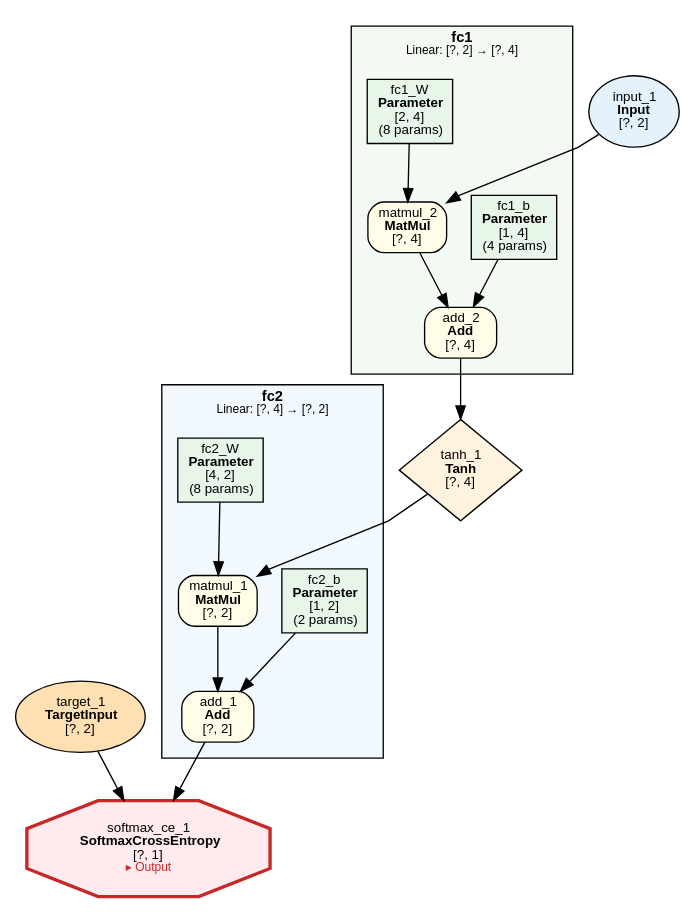
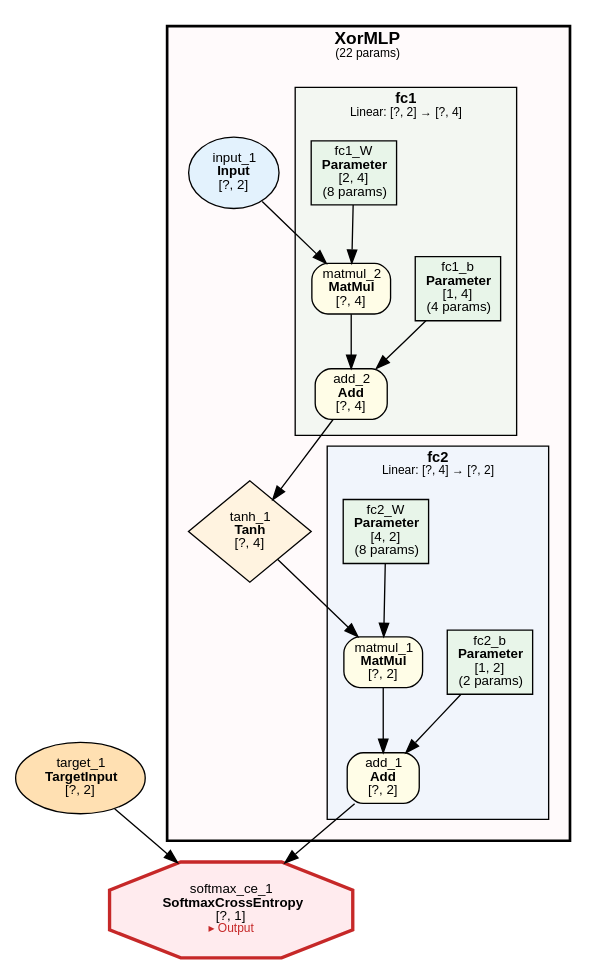
Before and after one commit to dbsxdbsx/only_torch: the diagram in examples/xor/xor.dot, drawn with Graphviz. The commit also changed 29 other files, not shown here.

```diff
--- a/examples/xor/xor.dot
+++ b/examples/xor/xor.dot
@@ -1,50 +1,60 @@
 digraph ComputeGraph {
     rankdir=TB;
     newrank=true;
     splines=polyline;
     node [fontname="Microsoft YaHei,SimHei,Arial"];
     edge [fontname="Microsoft YaHei,SimHei,Arial"];
 
-    subgraph cluster_group_linear_1 {
-        label=<<B>fc2</B><BR/><FONT POINT-SIZE="9">Linear: [?, 4] → [?, 2]</FONT>>;
-        style=filled;
-        fillcolor="#E3F2FD80";
+    subgraph cluster_model_XorMLP {
+        label=<<B>XorMLP</B><BR/><FONT POINT-SIZE="9">(22 params)</FONT>>;
+        style="filled,bold";
+        fillcolor="#FFEBEE40";
         fontname="Microsoft YaHei,SimHei,Arial";
-        fontsize=11;
-        margin=12;
-            "2" [label=<add_1<BR/><B>Add</B><BR/>[?, 2]> shape=box style="filled,rounded" fillcolor="#FFFDE7" fontsize=10];
-            "4" [label=<matmul_1<BR/><B>MatMul</B><BR/>[?, 2]> shape=box style="filled,rounded" fillcolor="#FFFDE7" fontsize=10];
-            "5" [label=<fc2_b<BR/><B>Parameter</B><BR/>[1, 2]<BR/>(2 params)> shape=box style=filled fillcolor="#E8F5E9" fontsize=10];
-            "7" [label=<fc2_W<BR/><B>Parameter</B><BR/>[4, 2]<BR/>(8 params)> shape=box style=filled fillcolor="#E8F5E9" fontsize=10];
-    }
+        fontsize=13;
+        margin=16;
 
-    subgraph cluster_group_linear_0 {
-        label=<<B>fc1</B><BR/><FONT POINT-SIZE="9">Linear: [?, 2] → [?, 4]</FONT>>;
-        style=filled;
-        fillcolor="#E8F5E980";
-        fontname="Microsoft YaHei,SimHei,Arial";
-        fontsize=11;
-        margin=12;
-            "8" [label=<add_2<BR/><B>Add</B><BR/>[?, 4]> shape=box style="filled,rounded" fillcolor="#FFFDE7" fontsize=10];
-            "9" [label=<matmul_2<BR/><B>MatMul</B><BR/>[?, 4]> shape=box style="filled,rounded" fillcolor="#FFFDE7" fontsize=10];
-            "10" [label=<fc1_b<BR/><B>Parameter</B><BR/>[1, 4]<BR/>(4 params)> shape=box style=filled fillcolor="#E8F5E9" fontsize=10];
-            "12" [label=<fc1_W<BR/><B>Parameter</B><BR/>[2, 4]<BR/>(8 params)> shape=box style=filled fillcolor="#E8F5E9" fontsize=10];
+        subgraph cluster_XorMLP_fc2 {
+            label=<<B>fc2</B><BR/><FONT POINT-SIZE="9">Linear: [?, 4] → [?, 2]</FONT>>;
+            style=filled;
+            fillcolor="#E3F2FD80";
+            fontname="Microsoft YaHei,SimHei,Arial";
+            fontsize=11;
+            margin=12;
+                "2" [label=<add_1<BR/><B>Add</B><BR/>[?, 2]> shape=box style="filled,rounded" fillcolor="#FFFDE7" fontsize=10];
+                "4" [label=<matmul_1<BR/><B>MatMul</B><BR/>[?, 2]> shape=box style="filled,rounded" fillcolor="#FFFDE7" fontsize=10];
+                "5" [label=<fc2_b<BR/><B>Parameter</B><BR/>[1, 2]<BR/>(2 params)> shape=box style=filled fillcolor="#E8F5E9" fontsize=10];
+                "7" [label=<fc2_W<BR/><B>Parameter</B><BR/>[4, 2]<BR/>(8 params)> shape=box style=filled fillcolor="#E8F5E9" fontsize=10];
+        }
+
+        subgraph cluster_XorMLP_fc1 {
+            label=<<B>fc1</B><BR/><FONT POINT-SIZE="9">Linear: [?, 2] → [?, 4]</FONT>>;
+            style=filled;
+            fillcolor="#E8F5E980";
+            fontname="Microsoft YaHei,SimHei,Arial";
+            fontsize=11;
+            margin=12;
+                "8" [label=<add_2<BR/><B>Add</B><BR/>[?, 4]> shape=box style="filled,rounded" fillcolor="#FFFDE7" fontsize=10];
+                "9" [label=<matmul_2<BR/><B>MatMul</B><BR/>[?, 4]> shape=box style="filled,rounded" fillcolor="#FFFDE7" fontsize=10];
+                "10" [label=<fc1_b<BR/><B>Parameter</B><BR/>[1, 4]<BR/>(4 params)> shape=box style=filled fillcolor="#E8F5E9" fontsize=10];
+                "12" [label=<fc1_W<BR/><B>Parameter</B><BR/>[2, 4]<BR/>(8 params)> shape=box style=filled fillcolor="#E8F5E9" fontsize=10];
+        }
+
+        "6" [label=<tanh_1<BR/><B>Tanh</B><BR/>[?, 4]> shape=diamond style=filled fillcolor="#FFF3E0" fontsize=10];
+        "11" [label=<input_1<BR/><B>Input</B><BR/>[?, 2]> shape=ellipse style=filled fillcolor="#E3F2FD" fontsize=10];
     }
 
     "1" [label=<softmax_ce_1<BR/><B>SoftmaxCrossEntropy</B><BR/>[?, 1]<BR/><FONT COLOR="#C62828" POINT-SIZE="9">▸ Output</FONT>> shape=octagon style=filled fillcolor="#FFEBEE" fontsize=10 penwidth=2.5 color="#C62828"];
     "3" [label=<target_1<BR/><B>TargetInput</B><BR/>[?, 2]> shape=ellipse style=filled fillcolor="#FFE0B2" fontsize=10];
-    "6" [label=<tanh_1<BR/><B>Tanh</B><BR/>[?, 4]> shape=diamond style=filled fillcolor="#FFF3E0" fontsize=10];
-    "11" [label=<input_1<BR/><B>Input</B><BR/>[?, 2]> shape=ellipse style=filled fillcolor="#E3F2FD" fontsize=10];
 
     "2" -> "1";
     "3" -> "1";
     "4" -> "2";
     "5" -> "2";
     "6" -> "4";
     "7" -> "4";
     "8" -> "6";
     "9" -> "8";
     "10" -> "8";
     "11" -> "9";
     "12" -> "9";
 }
```
